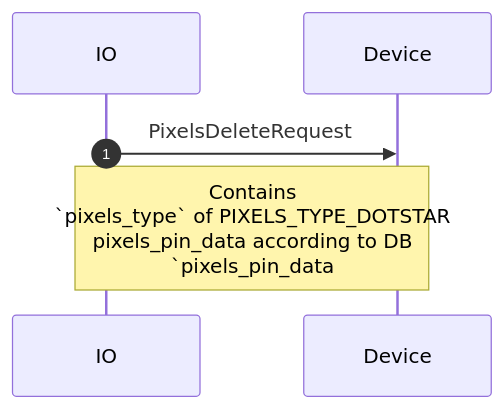
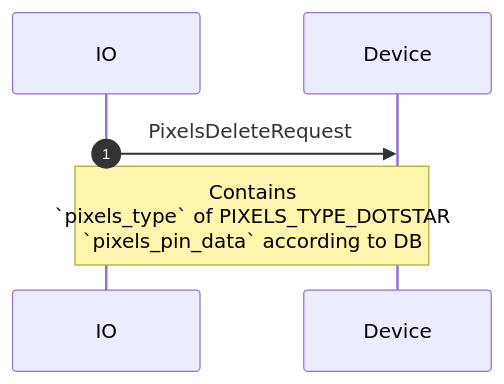
Before and after one commit to adafruit/Wippersnapper_Protobuf: the ninth of 10 diagrams in proto/wippersnapper/pixels/v1/pixels.md, drawn with Mermaid. The commit also changed other lines of this file, not shown here.

````diff
--- a/proto/wippersnapper/pixels/v1/pixels.md
+++ b/proto/wippersnapper/pixels/v1/pixels.md
@@ -103,6 +103,6 @@
 ```mermaid
 sequenceDiagram
 autonumber
 IO->>Device: PixelsDeleteRequest
-Note over IO, Device: Contains<br> `pixels_type` of PIXELS_TYPE_DOTSTAR<br>pixels_pin_data according to DB<br>`pixels_pin_data
+Note over IO, Device: Contains<br> `pixels_type` of PIXELS_TYPE_DOTSTAR<br>`pixels_pin_data` according to DB
 ```
````
